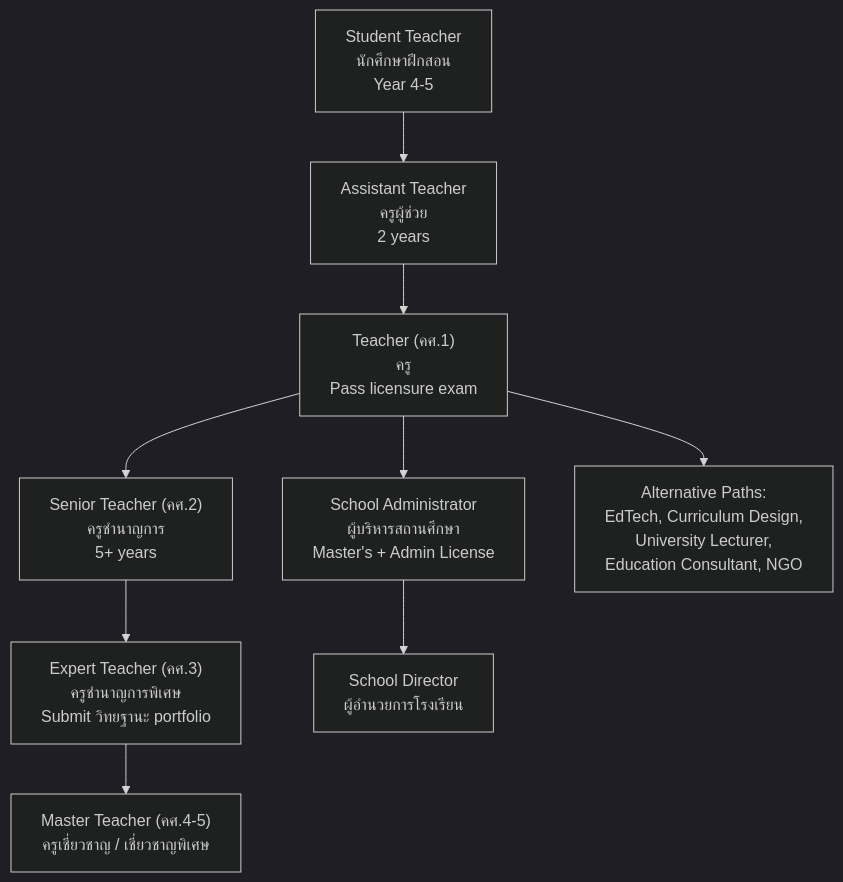
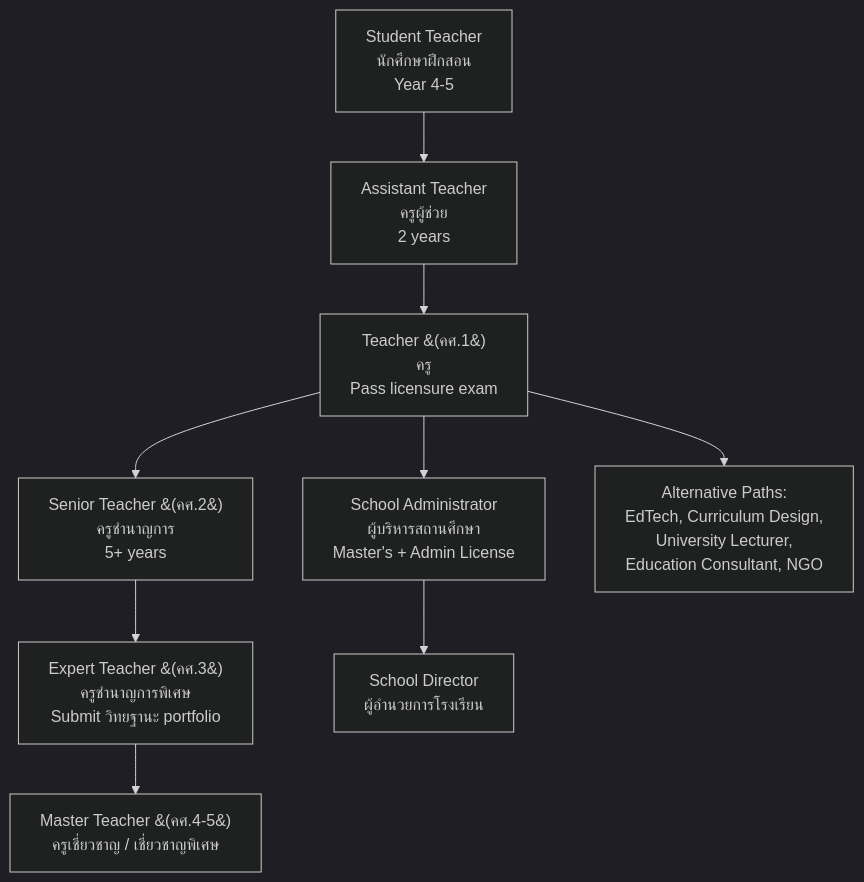
The diagram in career/teacher/07_University_Guide_and_Career_Paths.md (oat431/general-knowledge), drawn with Mermaid (dark theme) before and after one commit. The commit also changed 29 other files, not shown here.

Commit message:
vault backup: 2026-07-28 00:14:47: add lawyer note and fix a error diagram

````diff
--- a/career/teacher/07_University_Guide_and_Career_Paths.md
+++ b/career/teacher/07_University_Guide_and_Career_Paths.md
@@ -184,11 +184,11 @@
 ```mermaid
-graph TD
+flowchart TD
     A["Student Teacher<br/>นักศึกษาฝึกสอน<br/>Year 4-5"] --> B["Assistant Teacher<br/>ครูผู้ช่วย<br/>2 years"]
-    B --> C["Teacher (คศ.1)<br/>ครู<br/>Pass licensure exam"]
-    C --> D["Senior Teacher (คศ.2)<br/>ครูชำนาญการ<br/>5+ years"]
-    D --> E["Expert Teacher (คศ.3)<br/>ครูชำนาญการพิเศษ<br/>Submit วิทยฐานะ portfolio"]
-    E --> F["Master Teacher (คศ.4-5)<br/>ครูเชี่ยวชาญ / เชี่ยวชาญพิเศษ"]
+    B --> C["Teacher &#40;คศ.1&#41;<br/>ครู<br/>Pass licensure exam"]
+    C --> D["Senior Teacher &#40;คศ.2&#41;<br/>ครูชำนาญการ<br/>5+ years"]
+    D --> E["Expert Teacher &#40;คศ.3&#41;<br/>ครูชำนาญการพิเศษ<br/>Submit วิทยฐานะ portfolio"]
+    E --> F["Master Teacher &#40;คศ.4-5&#41;<br/>ครูเชี่ยวชาญ / เชี่ยวชาญพิเศษ"]
     C --> G["School Administrator<br/>ผู้บริหารสถานศึกษา<br/>Master's + Admin License"]
     G --> H["School Director<br/>ผู้อำนวยการโรงเรียน"]
     C --> I["Alternative Paths:<br/>EdTech, Curriculum Design,<br/>University Lecturer,<br/>Education Consultant, NGO"]
 ```
````
